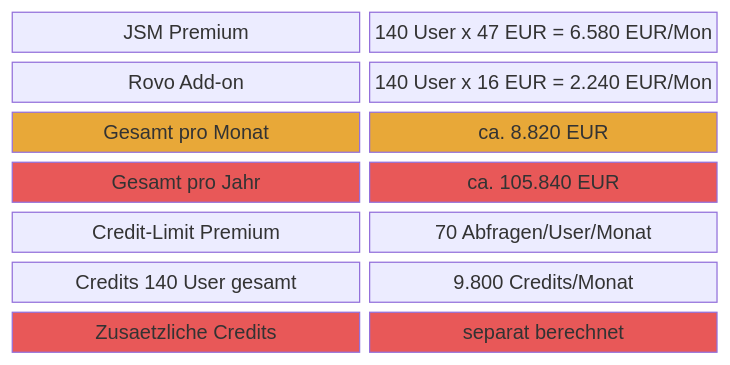
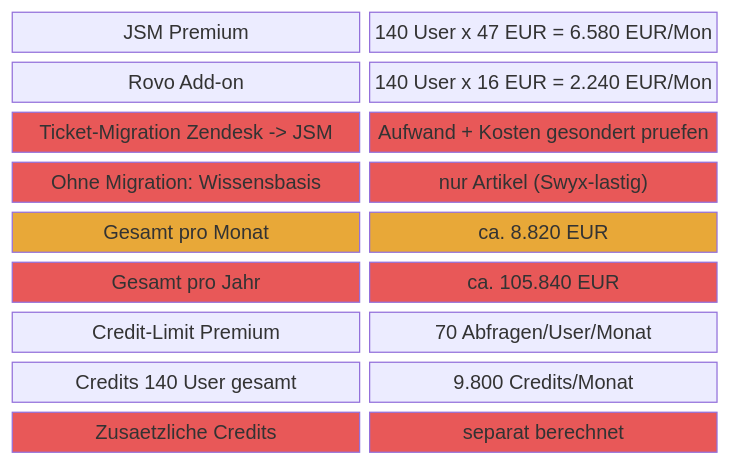
Diagram 14 of 16 in readme.md (tekknix/zendesk-ai), drawn with Mermaid before and after one commit. The commit also changed other lines of this file, not shown here.

````diff
--- a/readme.md
+++ b/readme.md
@@ -383,18 +435,24 @@
 ```mermaid
 block-beta
     columns 2
     A["JSM Premium"]:1 B["140 User x 47 EUR = 6.580 EUR/Mon"]:1
     C["Rovo Add-on"]:1 D["140 User x 16 EUR = 2.240 EUR/Mon"]:1
-    E["Gesamt pro Monat"]:1 F["ca. 8.820 EUR"]:1
-    G["Gesamt pro Jahr"]:1 H["ca. 105.840 EUR"]:1
-    I["Credit-Limit Premium"]:1 J["70 Abfragen/User/Monat"]:1
-    K["Credits 140 User gesamt"]:1 L["9.800 Credits/Monat"]:1
-    M["Zusaetzliche Credits"]:1 N["separat berechnet"]:1
+    E["Ticket-Migration Zendesk -> JSM"]:1 F["Aufwand + Kosten gesondert pruefen"]:1
+    G["Ohne Migration: Wissensbasis"]:1 H["nur Artikel (Swyx-lastig)"]:1
+    I["Gesamt pro Monat"]:1 J["ca. 8.820 EUR"]:1
+    K["Gesamt pro Jahr"]:1 L["ca. 105.840 EUR"]:1
+    M["Credit-Limit Premium"]:1 N["70 Abfragen/User/Monat"]:1
+    O["Credits 140 User gesamt"]:1 P["9.800 Credits/Monat"]:1
+    Q["Zusaetzliche Credits"]:1 R["separat berechnet"]:1
 
-    style E fill:#E8A838,color:#333
-    style F fill:#E8A838,color:#333
+    style I fill:#E8A838,color:#333
+    style J fill:#E8A838,color:#333
+    style K fill:#E85858,color:#fff
+    style L fill:#E85858,color:#fff
+    style E fill:#E85858,color:#fff
+    style F fill:#E85858,color:#fff
     style G fill:#E85858,color:#fff
     style H fill:#E85858,color:#fff
-    style M fill:#E85858,color:#fff
-    style N fill:#E85858,color:#fff
+    style Q fill:#E85858,color:#fff
+    style R fill:#E85858,color:#fff
 ```
````
